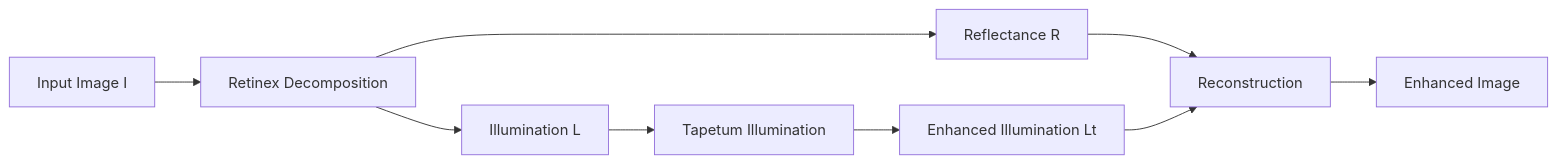
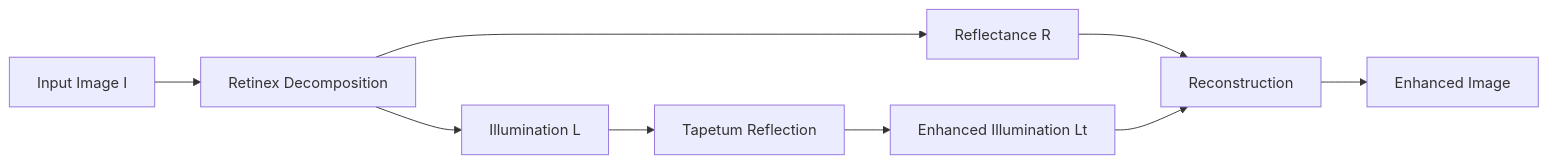
Before and after one commit to muratdelen/TAPETUM: the second of 6 diagrams in README.md, drawn with Mermaid. The commit also changed other lines of this file, not shown here.

````diff
--- a/README.md
+++ b/README.md
@@ -58,16 +58,16 @@
 ```mermaid
 flowchart LR
 
 A[Input Image I] --> B[Retinex Decomposition]
 
 B --> C[Reflectance R]
 B --> D[Illumination L]
 
-D --> E[Tapetum Illumination]
+D --> E[Tapetum Reflection]
 E --> F[Enhanced Illumination Lt]
 
 C --> G[Reconstruction]
 F --> G
 
 G --> H[Enhanced Image]
 ```
````
